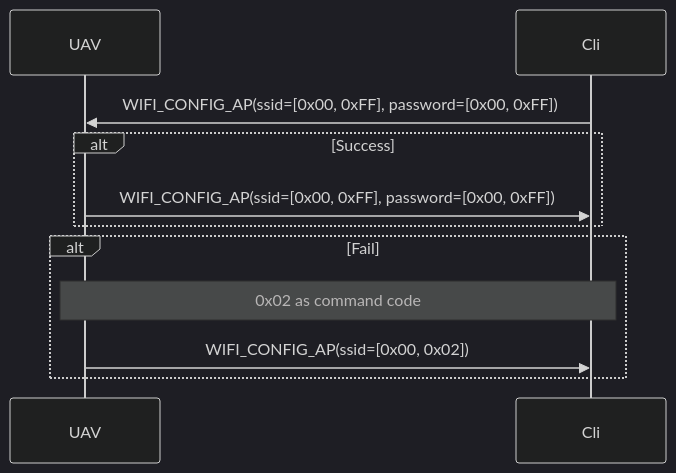
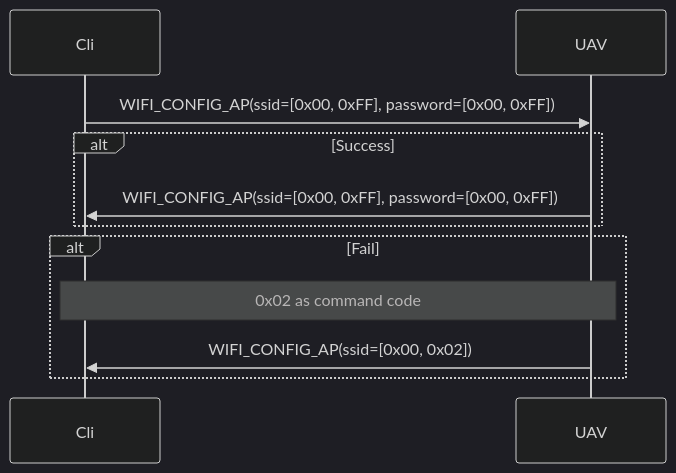
Before and after one commit to geoscan/pioneer_sdk: the second of 6 diagrams in pioneer_sdk/mavsub/README.md, drawn with Mermaid (dark theme). The commit also changed other lines of this file, not shown here.

````diff
--- a/pioneer_sdk/mavsub/README.md
+++ b/pioneer_sdk/mavsub/README.md
@@ -75,15 +75,15 @@
 ```mermaid
 sequenceDiagram
+	participant Cli
 	participant UAV
-	participant Cli
 	Cli ->> UAV: WIFI_CONFIG_AP(ssid=[0x00, 0xFF], password=[0x00, 0xFF])
 
 	alt Success
 		UAV ->> Cli: WIFI_CONFIG_AP(ssid=[0x00, 0xFF], password=[0x00, 0xFF])
 	end
 
 	alt Fail
 		note over UAV, Cli: 0x02 as command code
 		UAV ->> Cli: WIFI_CONFIG_AP(ssid=[0x00, 0x02])
 	end
 ```
````
